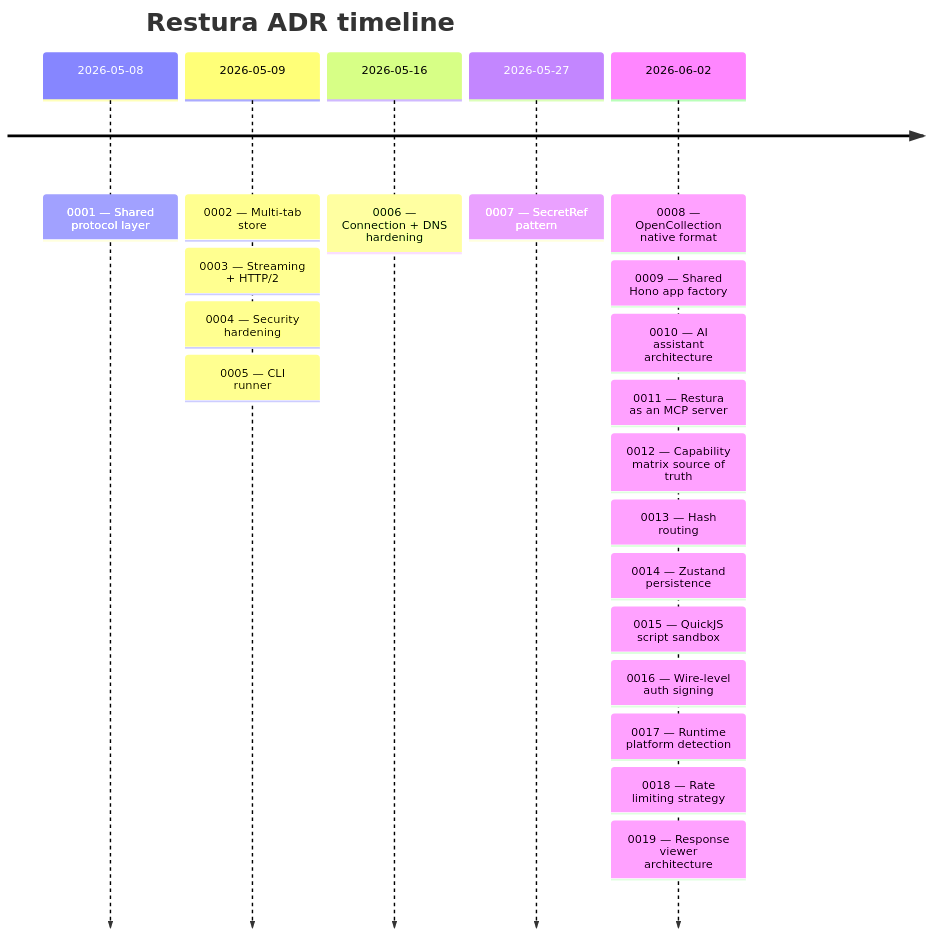
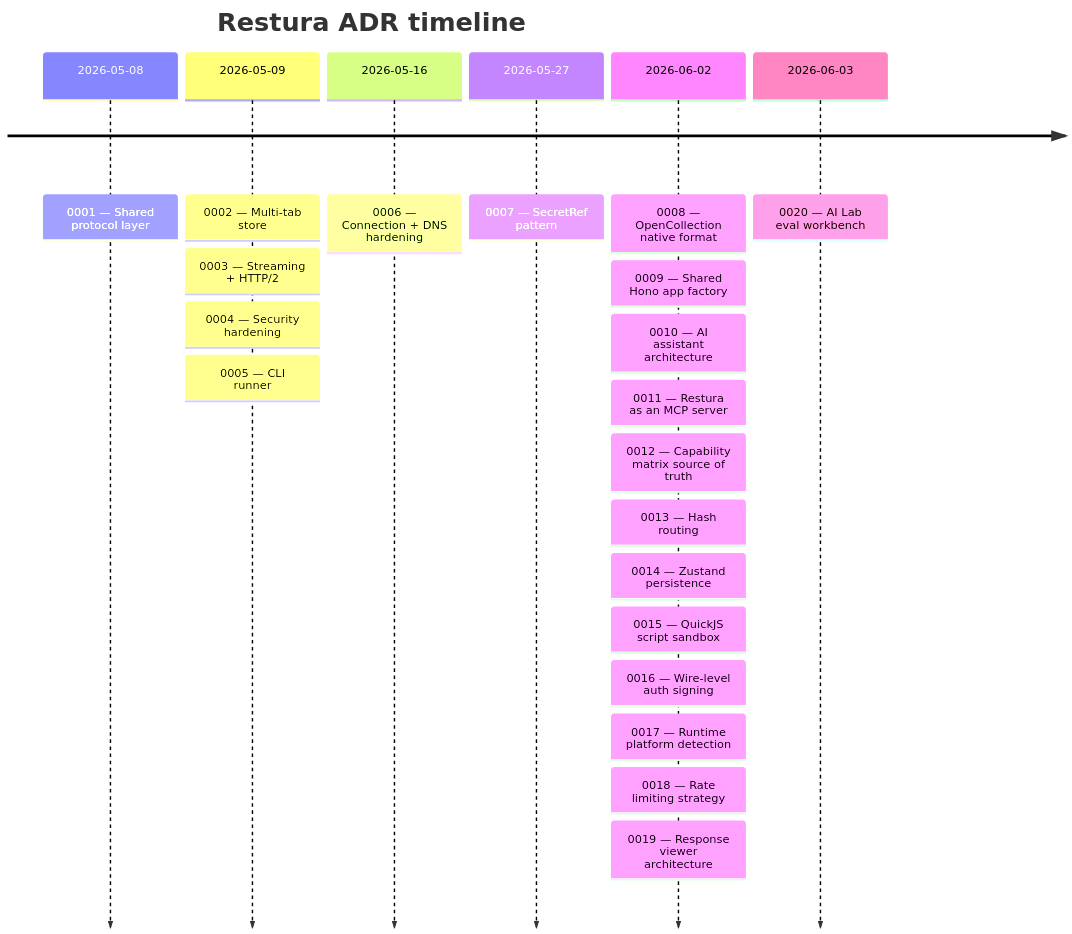
The diagram in docs-site/src/content/docs/architecture/adrs.mdx (dipjyotimetia/restura), drawn with Mermaid before and after one commit. The commit also changed other lines of this file and 8 other files, not shown here.

Commit message:
feat(ai-lab): add AI Lab eval workbench and update related documentation

````diff
--- a/docs-site/src/content/docs/architecture/adrs.mdx
+++ b/docs-site/src/content/docs/architecture/adrs.mdx
@@ -10,23 +10,24 @@
 ```mermaid
 timeline
   title Restura ADR timeline
   2026-05-08 : 0001 — Shared protocol layer
   2026-05-09 : 0002 — Multi-tab store
              : 0003 — Streaming + HTTP/2
              : 0004 — Security hardening
              : 0005 — CLI runner
   2026-05-16 : 0006 — Connection + DNS hardening
   2026-05-27 : 0007 — SecretRef pattern
   2026-06-02 : 0008 — OpenCollection native format
              : 0009 — Shared Hono app factory
              : 0010 — AI assistant architecture
              : 0011 — Restura as an MCP server
              : 0012 — Capability matrix source of truth
              : 0013 — Hash routing
              : 0014 — Zustand persistence
              : 0015 — QuickJS script sandbox
              : 0016 — Wire-level auth signing
              : 0017 — Runtime platform detection
              : 0018 — Rate limiting strategy
              : 0019 — Response viewer architecture
+  2026-06-03 : 0020 — AI Lab eval workbench
 ```
````
